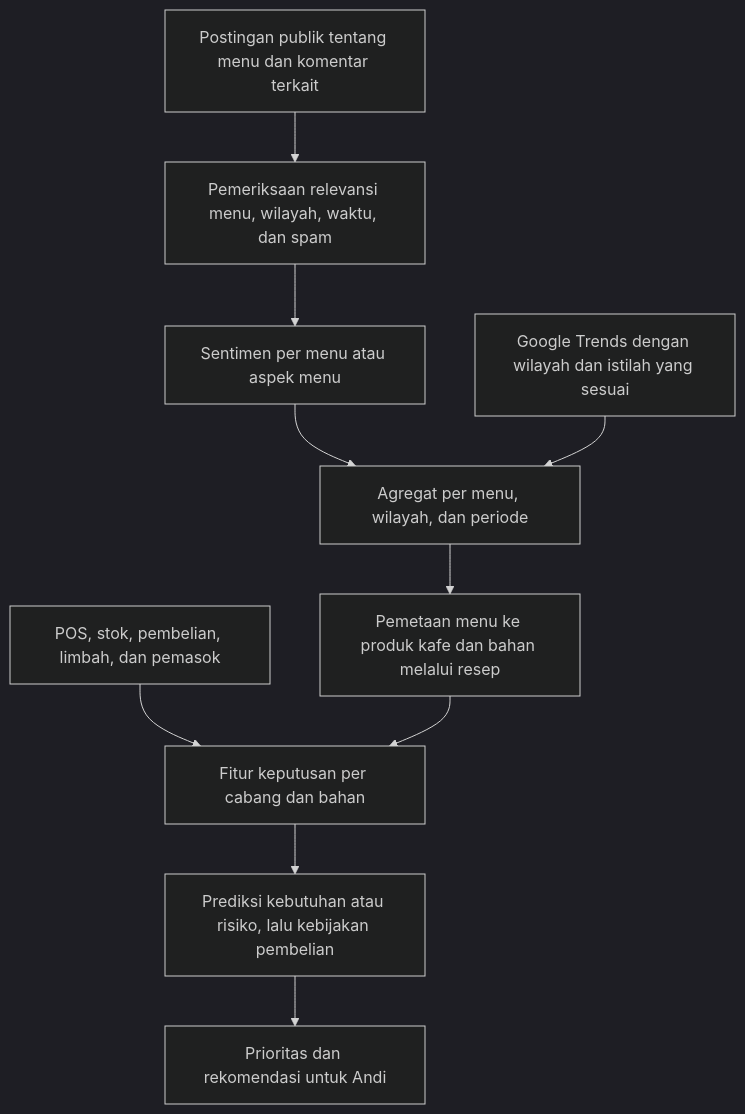
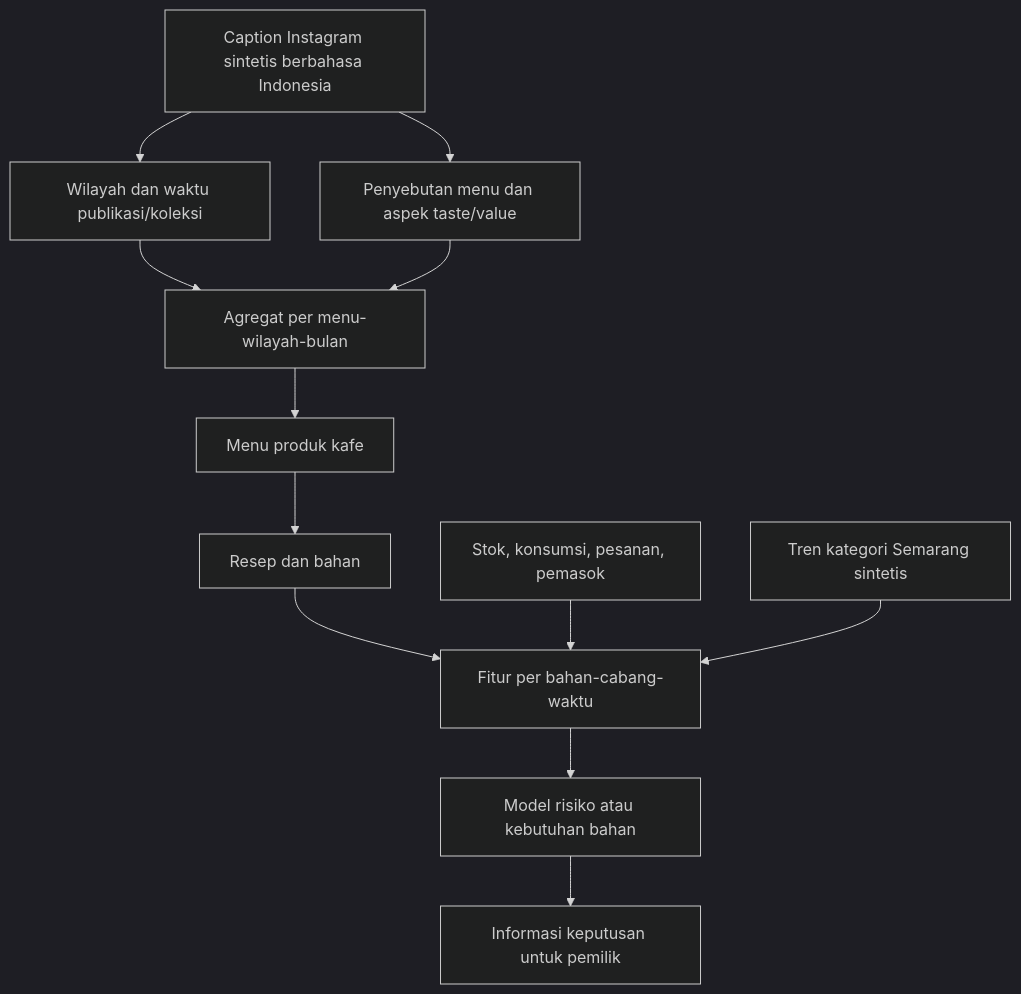
Before and after one commit to Mr-Javkuds/Sistem-Pendukung-Keputusan-Optimasi-Persediaan-Bahan-Baku-Kafe-Berbasis-Machine-Learning: the diagram in cafestock-synthetic-data/docs/sentimen_pasar_menu.md, drawn with Mermaid (dark theme). The commit also changed other lines of this file and 60 other files, not shown here.

Commit message:
Replace cafe reviews with synthetic Instagram menu signals for Semarang

````diff
--- a/cafestock-synthetic-data/docs/sentimen_pasar_menu.md
+++ b/cafestock-synthetic-data/docs/sentimen_pasar_menu.md
@@ -19,12 +7,14 @@
 ```mermaid
 flowchart TD
-    A[Postingan publik tentang menu dan komentar terkait] --> B[Pemeriksaan relevansi menu, wilayah, waktu, dan spam]
-    B --> C[Sentimen per menu atau aspek menu]
-    C --> D[Agregat per menu, wilayah, dan periode]
-    E[Google Trends dengan wilayah dan istilah yang sesuai] --> D
-    D --> F[Pemetaan menu ke produk kafe dan bahan melalui resep]
-    G[POS, stok, pembelian, limbah, dan pemasok] --> H[Fitur keputusan per cabang dan bahan]
-    F --> H
-    H --> I[Prediksi kebutuhan atau risiko, lalu kebijakan pembelian]
-    I --> J[Prioritas dan rekomendasi untuk Andi]
+    A[Caption Instagram sintetis berbahasa Indonesia] --> B[Wilayah dan waktu publikasi/koleksi]
+    A --> C[Penyebutan menu dan aspek taste/value]
+    B --> D[Agregat per menu-wilayah-bulan]
+    C --> D
+    D --> E[Menu produk kafe]
+    E --> F[Resep dan bahan]
+    F --> G[Fitur per bahan-cabang-waktu]
+    H[Stok, konsumsi, pesanan, pemasok] --> G
+    I[Tren kategori Semarang sintetis] --> G
+    G --> J[Model risiko atau kebutuhan bahan]
+    J --> K[Informasi keputusan untuk pemilik]
 ```
````
